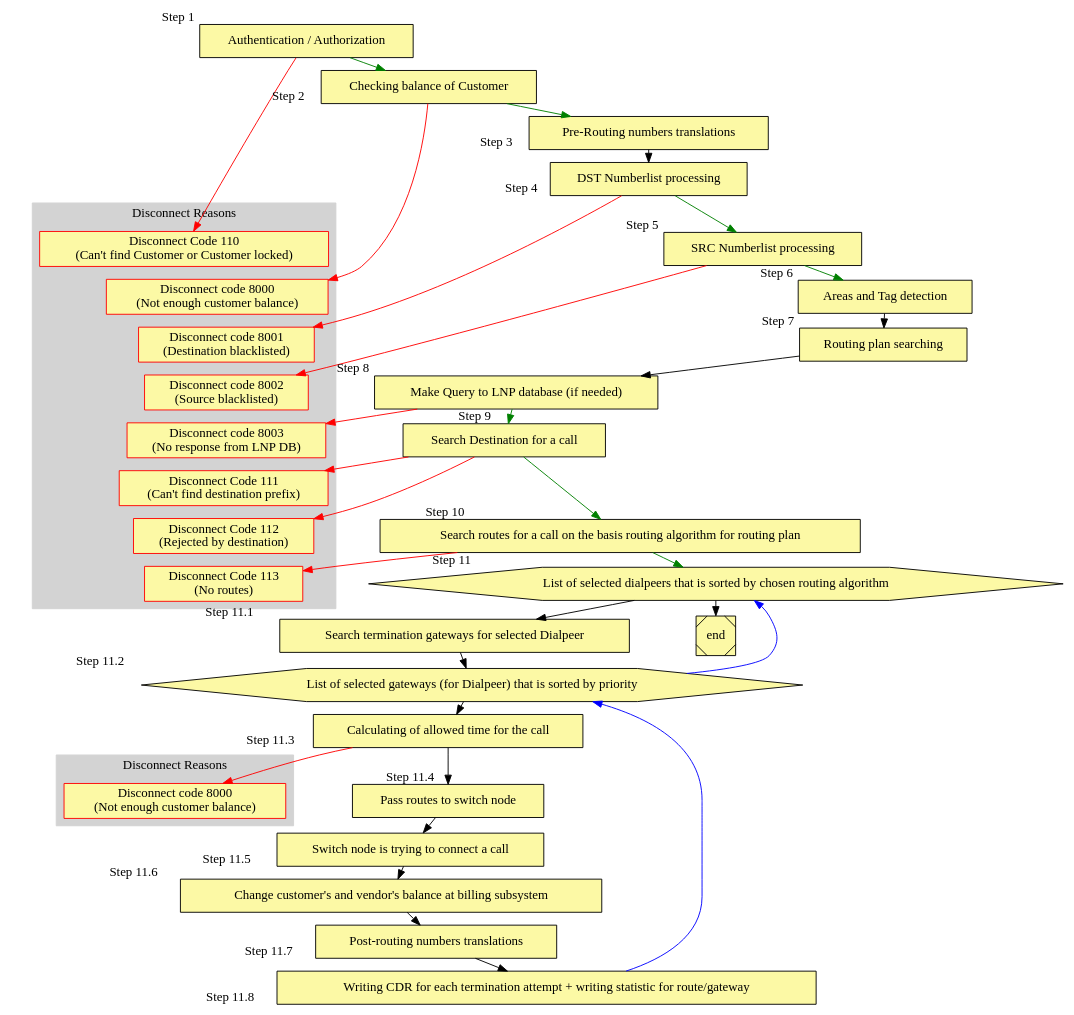
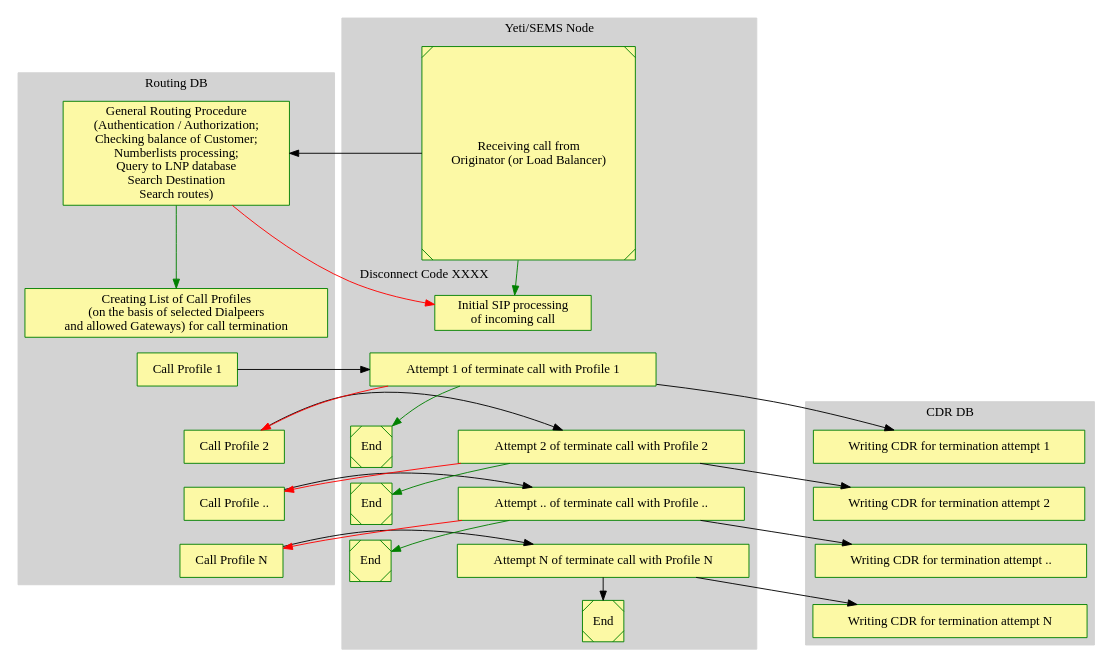
Before and after one commit to yeti-switch/doc: the diagram in docs/en/graphviz/general.dot, drawn with Graphviz. The commit also changed 2 other files, not shown here.

```diff
--- a/docs/en/graphviz/general.dot
+++ b/docs/en/graphviz/general.dot
@@ -1,101 +1,97 @@
 digraph General {
 
     node [style=filled; fillcolor="#FCF9A5"];
     graph [nodesep=1, ranksep=0.2, mindist=0.5];
 
-    subgraph cluster_DC {
+    subgraph cluster_Routing_DB {
         style=filled;
         color=lightgrey;
-        node [style=filled,color=red];
+        node [style=filled,color=green];
 
-        reason1 [label = "Disconnect Code 110 \n(Can't find Customer or Customer locked)"; shape=box; sides=4 ];
-        reason2 [label = "Disconnect code 8000 \n(Not enough customer balance)"; shape=box; sides=4 ];
-        reason3 [label = "Disconnect code 8001 \n(Destination blacklisted)"; shape=box; sides=4 ];
-        reason4 [label = "Disconnect code 8002 \n(Source blacklisted)"; shape=box; sides=4 ];
-        reason5 [label = "Disconnect code 8003 \n(No response from LNP DB)"; shape=box; sides=4 ];
-        reason6 [label = "Disconnect Code 111 \n(Can't find destination prefix)"; shape=box; sides=4 ];
-        reason7 [label = "Disconnect Code 112 \n(Rejected by destination)"; shape=box; sides=4 ];
-        reason8 [label = "Disconnect Code 113 \n(No routes)"; shape=box; sides=4 ];
+        r_block1 [label = "General Routing Procedure \n (Authentication / Authorization;\nChecking balance of Customer;\n Numberlists processing;\nQuery to LNP database\nSearch Destination\nSearch routes)"; shape=box; sides=4];
 
-        reason1->reason2 [style=invis];
-        reason2->reason3 [style=invis];
-        reason3->reason4 [style=invis];
-        reason4->reason5 [style=invis];
-        reason5->reason6 [style=invis];
-        reason6->reason7 [style=invis];
-        reason7->reason8 [style=invis];
-        label = "Disconnect Reasons";
+        r_block2 [label = "Creating List of Call Profiles\n(on the basis of selected Dialpeers\n and allowed Gateways) for call termination"; shape=box; sides=4];
+
+        r_block31 [label = "Call Profile 1"; shape=box; sides=4];
+        r_block32 [label = "Call Profile 2"; shape=box; sides=4];
+        r_block33 [label = "Call Profile .."; shape=box; sides=4];
+        r_block34 [label = "Call Profile N"; shape=box; sides=4];
+
+        r_block1 -> r_block2 [color=green];
+        r_block2 -> r_block31 [style=invis];
+        r_block31 -> r_block32 [style=invis];
+        r_block32 -> r_block33 [style=invis];
+        r_block33 -> r_block34 [style=invis];
+
+        label = "Routing DB";
     }
 
-    subgraph cluster_DC2 {
+    subgraph cluster_SEMS {
         style=filled;
         color=lightgrey;
-        node [style=filled,color=red];
+        node [style=filled,color=green];
 
-        reason9 [label = "Disconnect code 8000 \n(Not enough customer balance)"; shape=box; sides=4 ];
+        s_block1 [label = "Receiving call from \n Originator (or Load Balancer)"; shape=Msquare];
 
-        label = "Disconnect Reasons";
+        s_block2 [label = "Initial SIP processing\n of incoming call"; shape=box; sides=4];
+
+        s_block31 [label = "Attempt 1 of terminate call with Profile 1"; shape=box; sides=4];
+        s_block_end31 [label = "End"; shape=Msquare];
+        s_block32 [label = "Attempt 2 of terminate call with Profile 2"; shape=box; sides=4];
+        s_block_end32 [label = "End"; shape=Msquare];
+        s_block33 [label = "Attempt .. of terminate call with Profile .."; shape=box; sides=4];
+        s_block_end33 [label = "End"; shape=Msquare];
+        s_block34 [label = "Attempt N of terminate call with Profile N"; shape=box; sides=4];
+        s_block_end34 [label = "End"; shape=Msquare];
+
+        s_block1 -> s_block2 [color=green];
+        s_block2 -> s_block31 [style=invis];
+        s_block31 -> s_block32 [style=invis];
+        s_block31 -> s_block_end31 [color=green];
+        s_block32 -> s_block33 [style=invis];
+        s_block32 -> s_block_end32 [color=green];
+        s_block33 -> s_block34 [style=invis];
+        s_block33 -> s_block_end33 [color=green];
+        s_block34 -> s_block_end34 [color=black];
+
+        label = "Yeti/SEMS Node";
     }
 
+    subgraph cluster_CDR {
+        style=filled;
+        color=lightgrey;
+        node [style=filled,color=green];
 
-    block1 [label = "Authentication / Authorization"; xlabel = "Step 1"; shape=box; sides=4 ];
-    block2 [label = "Checking balance of Customer"; xlabel = "Step 2   "; shape=box; sides=4 ];
-    block3 [label = "Pre-Routing numbers translations"; xlabel = "Step 3   "; shape=box; sides=4 ];
-    block4 [label = "DST Numberlist processing"; xlabel = "Step 4  "; shape=box; sides=4 ];
-    block5 [label = "SRC Numberlist processing"; xlabel = "Step 5"; shape=box; sides=4 ];
-    block6 [label = "Areas and Tag detection"; xlabel = "Step 6"; shape=box; sides=4 ];
-    block7 [label = "Routing plan searching"; xlabel = "Step 7"; shape=box; sides=4 ];
-    block8 [label = "Make Query to LNP database (if needed)"; xlabel = "Step 8"; shape=box; sides=4 ];
-    block9 [label = "Search Destination for a call"; xlabel = "              Step 9"; shape=box; sides=4 ];
-    block10 [label = "Search routes for a call on the basis routing algorithm for routing plan"; xlabel = "           Step 10"; shape=box; sides=4 ];
+        c_block1 [label = "Writing CDR for termination attempt 1"; shape=box; sides=4];
+        c_block2 [label = "Writing CDR for termination attempt 2"; shape=box; sides=4];
+        c_block3 [label = "Writing CDR for termination attempt .."; shape=box; sides=4];
+        c_block4 [label = "Writing CDR for termination attempt N"; shape=box; sides=4];
 
-    block11 [label = "List of selected dialpeers that is sorted by chosen routing algorithm"; xlabel = "                Step 11"; shape=hexagon];
+        c_block1 -> c_block2 [style=invis];
+        c_block2 -> c_block3 [style=invis];
+        c_block3 -> c_block4 [style=invis];
 
-    block12 [label = "Search termination gateways for selected Dialpeer"; xlabel = "Step 11.1     "; shape=box; sides=4 ];
 
-    block13 [label = "List of selected gateways (for Dialpeer) that is sorted by priority"; xlabel = "                Step 11.2"; shape=hexagon];
+        label = "CDR DB";
+    }
 
-    block14 [label = "Calculating of allowed time for the call"; xlabel = "Step 11.3   "; shape=box; sides=4 ];
+    s_block1 -> r_block1 [color=black];
+    r_block1 -> s_block2 [color=red; label = "Disconnect Code XXXX"];
 
-    block15 [label = "Pass routes to switch node"; xlabel = "       Step 11.4   "; shape=box; sides=4 ];
-    block16 [label = "Switch node is trying to connect a call"; xlabel = "\nStep 11.5     "; shape=box; sides=4 ];
-    block17 [label = "Change customer's and vendor's balance at billing subsystem"; xlabel = "Step 11.6    "; shape=box; sides=4 ];
-    block18 [label = "Post-routing numbers translations"; xlabel = "Step 11.7    "; shape=box; sides=4 ];
-    block19 [label = "Writing CDR for each termination attempt + writing statistic for route/gateway"; xlabel = "Step 11.8    "; shape=box; sides=4 ];
-    end [shape=Msquare];
+    r_block31 -> s_block31 [color=black];
+    r_block32 -> s_block32 [color=black];
+    r_block33 -> s_block33 [color=black];
+    r_block34 -> s_block34 [color=black];
 
-    block1 -> block2 [color=green];
-    block1 -> reason1 [color=red];
+    s_block31 -> c_block1 [color=black];
+    s_block32 -> c_block2 [color=black];
+    s_block33 -> c_block3 [color=black];
+    s_block34 -> c_block4 [color=black];
 
-    block2 -> block3 [color=green];
-    block2 -> reason2 [color=red];
-    block3 -> block4 [color=black];
-    block4 -> block5 [color=green];
-    block4 -> reason3 [color=red];
-    block5 -> block6 [color=green];
-    block5 -> reason4 [color=red];
-    block6 -> block7 [color=black];
-    block7 -> block8 [color=black];
-    block8 -> block9 [color=green];
-    block8 -> reason5 [color=red];
-    block9 -> block10 [color=green];
-    block9 -> reason6 [color=red];
-    block9 -> reason7 [color=red];
-    block10 -> block11 [color=green];
-    block10 -> reason8 [color=red];
-    block11 -> block12 [color=black];
-    block12 -> block13 [color=black];
-    block13 -> block14 [color=black];
-    block14 -> block15 [color=black];
-    block14 -> reason9 [color=red];
-    block15 -> block16 [color=black];
-    block16 -> block17 [color=black];
-    block17 -> block18 [color=black];
-    block18 -> block19 [color=black];
-    block19 -> block13 [color=blue];
-    block13 -> block11 [color=blue];
+    s_block31 -> r_block32 [color=red];
+    s_block32 -> r_block33 [color=red];
+    s_block33 -> r_block34 [color=red];
 
-    block11 -> end [color=black];
 
 
 }
```
